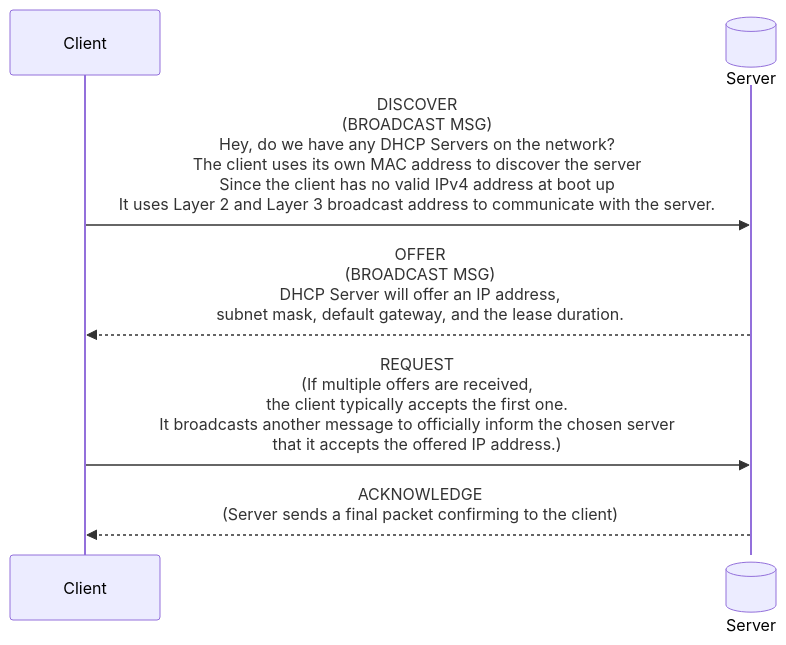
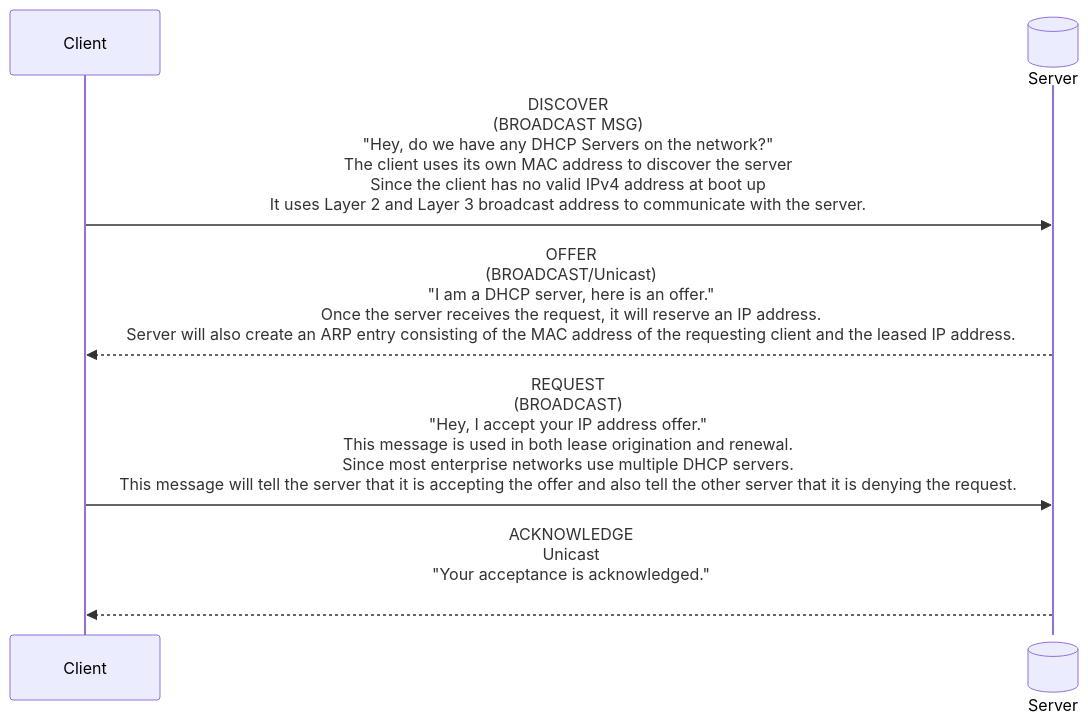
One commit to jalar71/jalar71.github.io changed the second of 2 diagrams in _posts/2026-11-21-DHCP.md. Above: the diagram before and after it, drawn with Mermaid. The commit also changed other lines of this file, not shown here.

Commit message:
Revise DHCP sequence diagram and explanations
Updated the DHCP sequence diagram to clarify the client-server interactions during the DHCP process, including the discovery, offer, request, and acknowledgment phases.

````diff
--- a/_posts/2026-11-21-DHCP.md
+++ b/_posts/2026-11-21-DHCP.md
@@ -51,10 +51,10 @@
 ```mermaid
 
 sequenceDiagram
 participant Client
 participant Server@{ "type" : "database" }
-    Client ->> Server : DISCOVER <br> (BROADCAST MSG) <br>Hey, do we have any DHCP Servers on the network? <br> The client uses its own MAC address to discover the server <br> Since the client has no valid IPv4 address at boot up <br> It uses Layer 2 and Layer 3 broadcast address to communicate with the server.
-    Server -->> Client : OFFER <br>(BROADCAST MSG)<br> DHCP Server will offer an IP address, <br> subnet mask,  default gateway, and the lease duration. 
-    Client ->> Server : REQUEST <br>(If multiple offers are received, <br> the client typically accepts the first one. <br>  It broadcasts another message to officially inform the chosen server <br> that it accepts the offered IP address.)
-    Server -->> Client : ACKNOWLEDGE <br> (Server sends a final packet confirming to the client)
+    Client ->> Server : DISCOVER <br> (BROADCAST MSG) <br>"Hey, do we have any DHCP Servers on the network?" <br> The client uses its own MAC address to discover the server <br> Since the client has no valid IPv4 address at boot up <br> It uses Layer 2 and Layer 3 broadcast address to communicate with the server.
+    Server -->> Client : OFFER <br>(BROADCAST/Unicast)<br> "I am a DHCP server, here is an offer." <br> Once the server receives the request, it will reserve an IP address. <br> Server will also create an ARP entry consisting of the MAC address of the requesting client and the leased IP address.
+    Client ->> Server : REQUEST <br> (BROADCAST) <br> "Hey, I accept your IP address offer." <br> This message is used in both lease origination and renewal. <br> Since most enterprise networks use multiple DHCP servers. <br> This message will tell the server that it is accepting the offer and also tell the other server that it is denying the request. 
+    Server -->> Client : ACKNOWLEDGE <br> Unicast <br> "Your acceptance is acknowledged." <br> 
 ```
````
